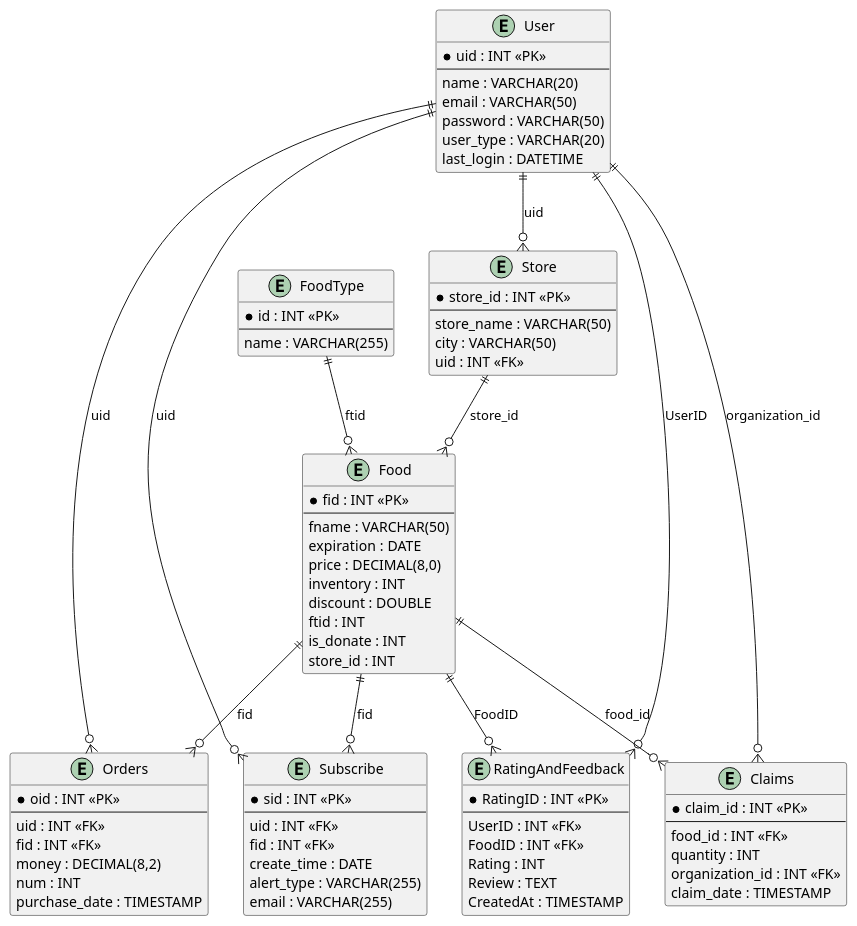
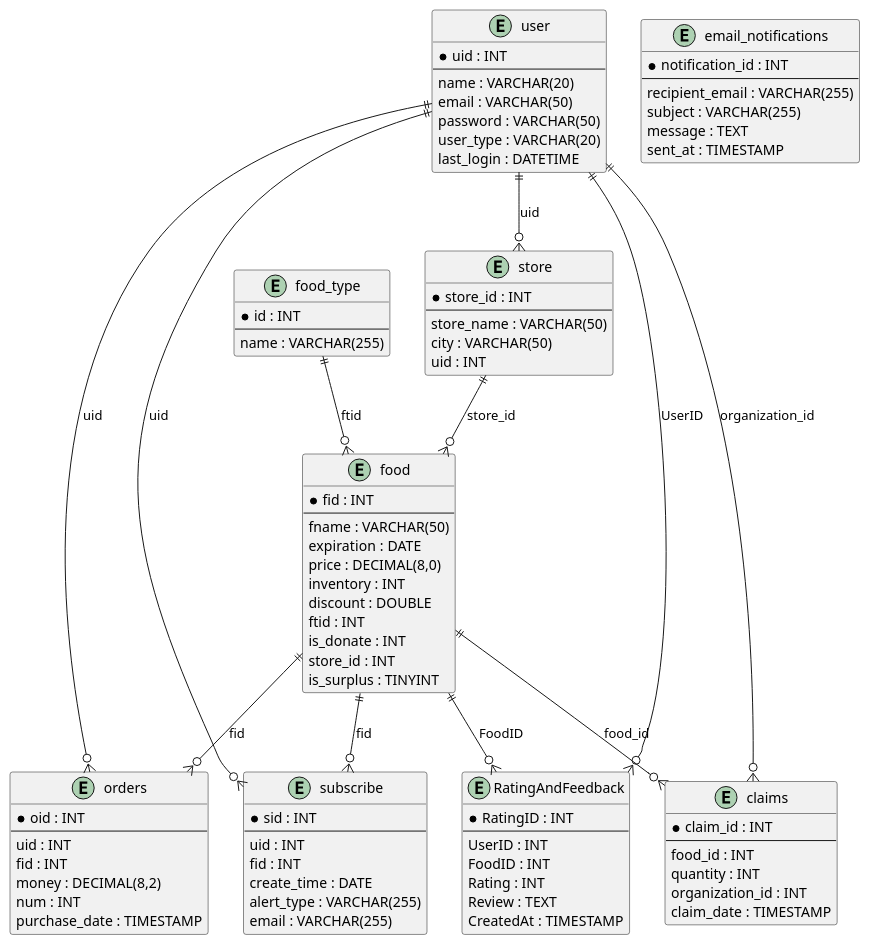
The diagram in docs/diagrams/ER/er.puml (RyanRen2023/fwrp), drawn with PlantUML before and after one commit. The commit also changed 2 other files, not shown here.

```diff
--- a/docs/diagrams/ER/er.puml
+++ b/docs/diagrams/ER/er.puml
@@ -1,90 +1,101 @@
 @startuml
-entity "User" as user {
-  * uid : INT <<PK>>
+
+entity user {
+  * uid : INT
   --
   name : VARCHAR(20)
   email : VARCHAR(50)
   password : VARCHAR(50)
   user_type : VARCHAR(20)
   last_login : DATETIME
 }
 
-entity "Food" as food {
-  * fid : INT <<PK>>
+entity food {
+  * fid : INT
   --
   fname : VARCHAR(50)
   expiration : DATE
   price : DECIMAL(8,0)
   inventory : INT
   discount : DOUBLE
   ftid : INT
   is_donate : INT
   store_id : INT
+  is_surplus : TINYINT
 }
 
-entity "FoodType" as food_type {
-  * id : INT <<PK>>
+entity food_type {
+  * id : INT
   --
   name : VARCHAR(255)
 }
 
-entity "Orders" as orders {
-  * oid : INT <<PK>>
+entity orders {
+  * oid : INT
   --
-  uid : INT <<FK>>
-  fid : INT <<FK>>
+  uid : INT
+  fid : INT
   money : DECIMAL(8,2)
   num : INT
   purchase_date : TIMESTAMP
 }
 
-entity "Store" as store {
-  * store_id : INT <<PK>>
+entity store {
+  * store_id : INT
   --
   store_name : VARCHAR(50)
   city : VARCHAR(50)
-  uid : INT <<FK>>
+  uid : INT
 }
 
-entity "Subscribe" as subscribe {
-  * sid : INT <<PK>>
+entity subscribe {
+  * sid : INT
   --
-  uid : INT <<FK>>
-  fid : INT <<FK>>
+  uid : INT
+  fid : INT
   create_time : DATE
   alert_type : VARCHAR(255)
   email : VARCHAR(255)
 }
 
-entity "RatingAndFeedback" as rating_and_feedback {
-  * RatingID : INT <<PK>>
+entity RatingAndFeedback {
+  * RatingID : INT
   --
-  UserID : INT <<FK>>
-  FoodID : INT <<FK>>
+  UserID : INT
+  FoodID : INT
   Rating : INT
   Review : TEXT
   CreatedAt : TIMESTAMP
 }
 
-entity "Claims" as claims {
-  * claim_id : INT <<PK>>
+entity claims {
+  * claim_id : INT
   --
-  food_id : INT <<FK>>
+  food_id : INT
   quantity : INT
-  organization_id : INT <<FK>>
+  organization_id : INT
   claim_date : TIMESTAMP
 }
 
+entity email_notifications {
+  * notification_id : INT
+  --
+  recipient_email : VARCHAR(255)
+  subject : VARCHAR(255)
+  message : TEXT
+  sent_at : TIMESTAMP
+}
+
 user ||--o{ orders : "uid"
+user ||--o{ subscribe : "uid"
+user ||--o{ RatingAndFeedback : "UserID"
+user ||--o{ claims : "organization_id"
+user ||--o{ store : "uid"
+food_type ||--o{ food : "ftid"
 food ||--o{ orders : "fid"
-user ||--o{ subscribe : "uid"
 food ||--o{ subscribe : "fid"
-user ||--o{ rating_and_feedback : "UserID"
-food ||--o{ rating_and_feedback : "FoodID"
-user ||--o{ claims : "organization_id"
+food ||--o{ RatingAndFeedback : "FoodID"
 food ||--o{ claims : "food_id"
-food_type ||--o{ food : "ftid"
 store ||--o{ food : "store_id"
-user ||--o{ store : "uid"
 
 @enduml
```
